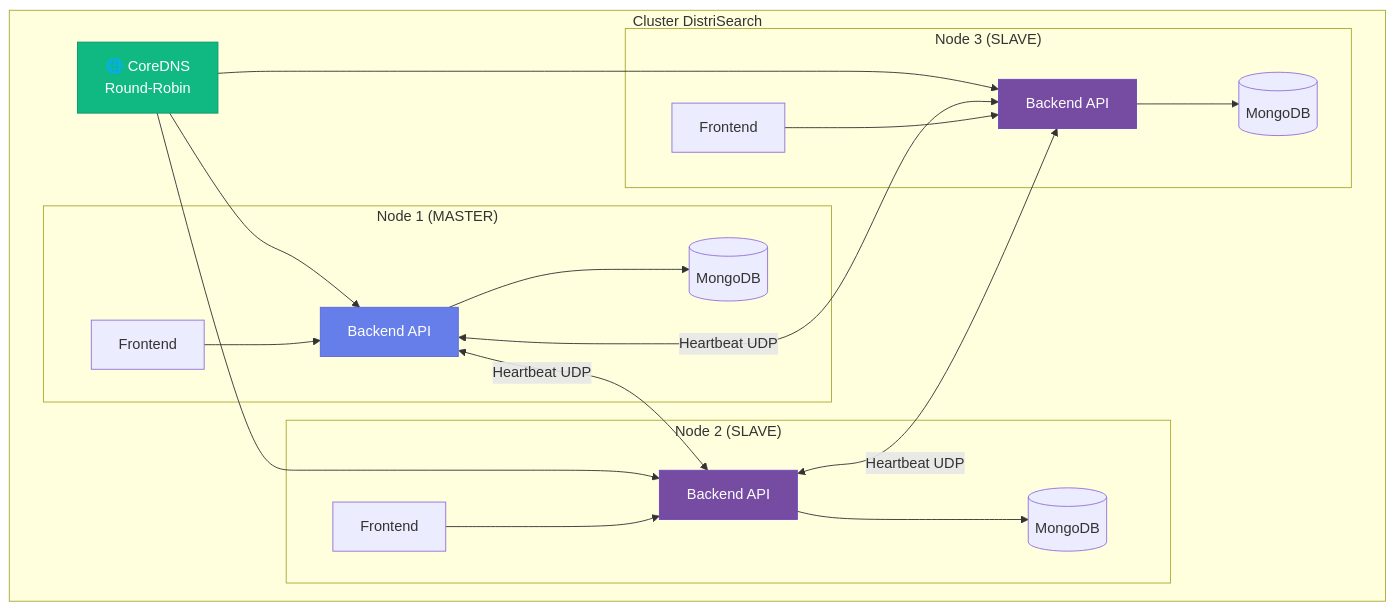
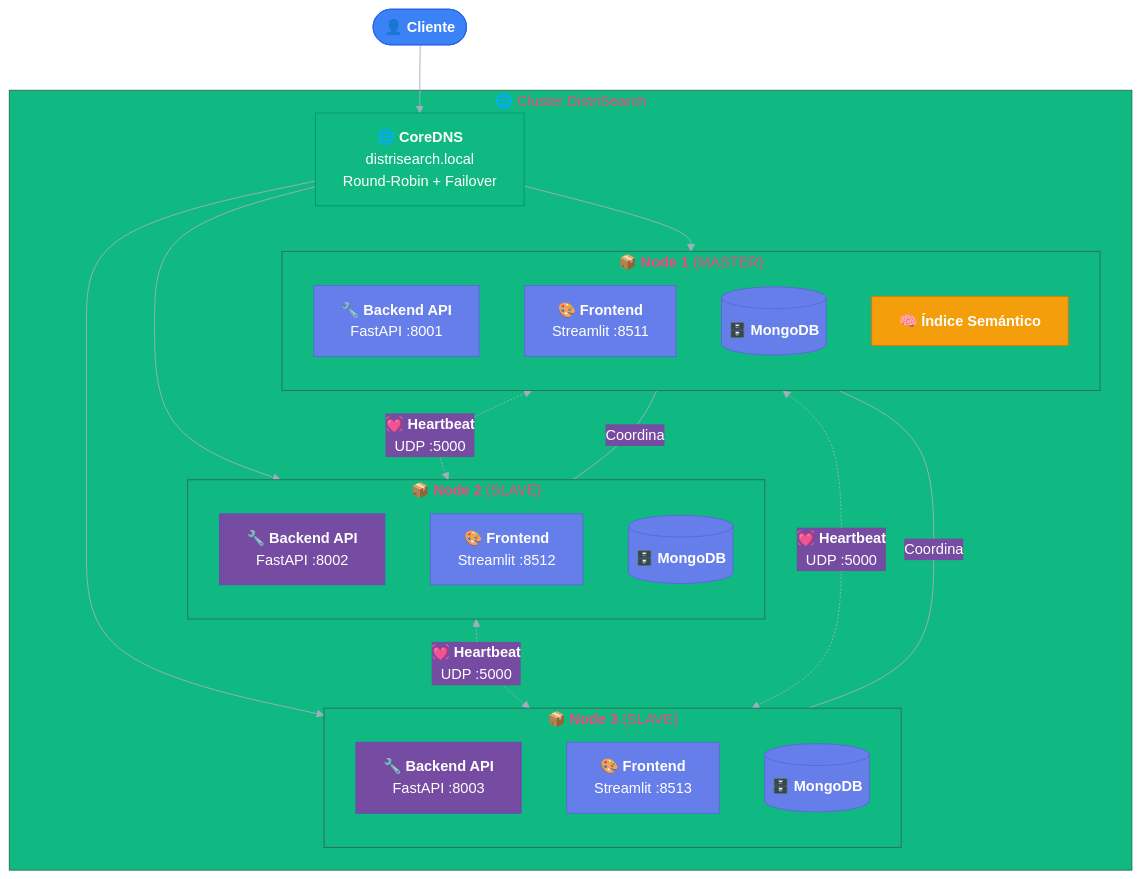
The diagram in docs/index.md (Pol4720/DistriSearch), drawn with Mermaid before and after one commit. The commit also changed other lines of this file and 132 other files, not shown here.

````diff
--- a/docs/index.md
+++ b/docs/index.md
@@ -112,45 +207,48 @@
 ```mermaid
+%%{init: {'theme': 'base', 'themeVariables': { 'primaryColor': '#667eea', 'primaryTextColor': '#fff', 'primaryBorderColor': '#5a67d8', 'lineColor': '#a0aec0', 'secondaryColor': '#764ba2', 'tertiaryColor': '#10b981'}}}%%
 graph TB
-    subgraph "Cluster DistriSearch"
-        DNS[🌐 CoreDNS<br/>Round-Robin]
+    subgraph "🌐 Cluster DistriSearch"
+        DNS[<b>🌐 CoreDNS</b><br/>distrisearch.local<br/>Round-Robin + Failover]
         
-        subgraph "Node 1 (MASTER)"
-            M_B[Backend API]
-            M_F[Frontend]
-            M_DB[(MongoDB)]
+        subgraph NODE1["<b>📦 Node 1</b> (MASTER)"]
+            direction TB
+            M_B[<b>🔧 Backend API</b><br/>FastAPI :8001]
+            M_F[<b>🎨 Frontend</b><br/>Streamlit :8511]
+            M_DB[(<b>🗄️ MongoDB</b>)]
+            M_IDX[<b>🧠 Índice Semántico</b>]
         end
         
-        subgraph "Node 2 (SLAVE)"
-            S1_B[Backend API]
-            S1_F[Frontend]
-            S1_DB[(MongoDB)]
+        subgraph NODE2["<b>📦 Node 2</b> (SLAVE)"]
+            direction TB
+            S1_B[<b>🔧 Backend API</b><br/>FastAPI :8002]
+            S1_F[<b>🎨 Frontend</b><br/>Streamlit :8512]
+            S1_DB[(<b>🗄️ MongoDB</b>)]
         end
         
-        subgraph "Node 3 (SLAVE)"
-            S2_B[Backend API]
-            S2_F[Frontend]
-            S2_DB[(MongoDB)]
+        subgraph NODE3["<b>📦 Node 3</b> (SLAVE)"]
+            direction TB
+            S2_B[<b>🔧 Backend API</b><br/>FastAPI :8003]
+            S2_F[<b>🎨 Frontend</b><br/>Streamlit :8513]
+            S2_DB[(<b>🗄️ MongoDB</b>)]
         end
     end
     
+    Cliente([<b>👤 Cliente</b>]) --> DNS
     DNS --> M_B
     DNS --> S1_B
     DNS --> S2_B
     
-    M_B <-->|Heartbeat UDP| S1_B
-    M_B <-->|Heartbeat UDP| S2_B
-    S1_B <-->|Heartbeat UDP| S2_B
+    M_B <-.->|<b>💓 Heartbeat</b><br/>UDP :5000| S1_B
+    M_B <-.->|<b>💓 Heartbeat</b><br/>UDP :5000| S2_B
+    S1_B <-.->|<b>💓 Heartbeat</b><br/>UDP :5000| S2_B
     
-    M_B --> M_DB
-    S1_B --> S1_DB
-    S2_B --> S2_DB
-    
-    M_F --> M_B
-    S1_F --> S1_B
-    S2_F --> S2_B
+    M_B ---|Coordina| S1_B
+    M_B ---|Coordina| S2_B
     
     style DNS fill:#10b981,stroke:#059669,color:#fff
     style M_B fill:#667eea,stroke:#5a67d8,color:#fff
+    style M_IDX fill:#f59e0b,stroke:#d97706,color:#fff
     style S1_B fill:#764ba2,stroke:#6b46c1,color:#fff
     style S2_B fill:#764ba2,stroke:#6b46c1,color:#fff
+    style Cliente fill:#3b82f6,stroke:#2563eb,color:#fff
 ```
````
